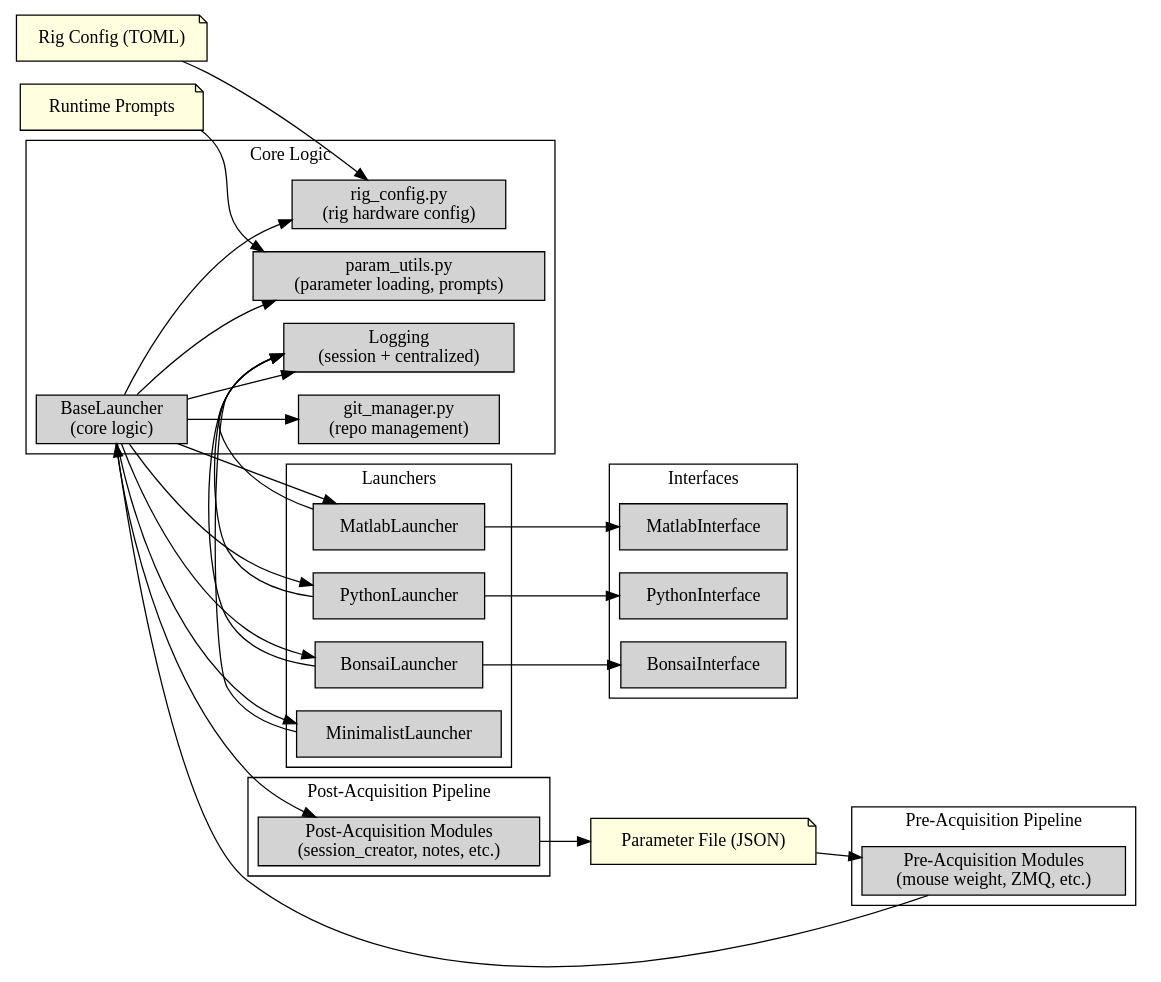
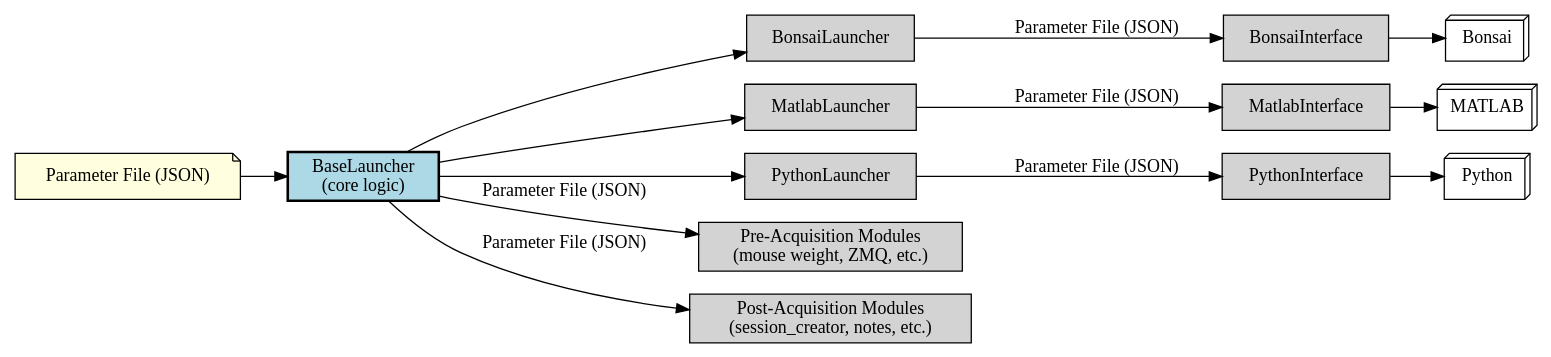
Before and after one commit to AllenNeuralDynamics/openscope-experimental-launcher: the second of 2 diagrams in docs/source/architecture.rst, drawn with Graphviz.

Commit message:
Update architecture diagram: clarify paramFile flow, remove minimalist launcher, add language boxes

```diff
--- a/docs/source/architecture.rst
+++ b/docs/source/architecture.rst
@@ -40,67 +40,41 @@
 .. graphviz::
 
    digraph launcher_architecture {
        rankdir=LR;
        node [shape=box, style=filled, fillcolor=lightgray];
 
-       subgraph cluster_core {
-           label="Core Logic";
-           BaseLauncher [label="BaseLauncher\n(core logic)"];
-           ParamUtils [label="param_utils.py\n(parameter loading, prompts)"];
-           RigConfig [label="rig_config.py\n(rig hardware config)"];
-           GitManager [label="git_manager.py\n(repo management)"];
-           Logging [label="Logging\n(session + centralized)"];
-       }
+       # Parameter flow
+       ParamFile [label="Parameter File (JSON)", shape=note, fillcolor=lightyellow];
+       BaseLauncher [label="BaseLauncher\n(core logic)", fillcolor=lightblue, style="filled,bold"];
+       BonsaiLauncher [label="BonsaiLauncher"];
+       MatlabLauncher [label="MatlabLauncher"];
+       PythonLauncher [label="PythonLauncher"];
+       PreModules [label="Pre-Acquisition Modules\n(mouse weight, ZMQ, etc.)"];
+       PostModules [label="Post-Acquisition Modules\n(session_creator, notes, etc.)"];
 
-       subgraph cluster_launchers {
-           label="Launchers";
-           BonsaiLauncher [label="BonsaiLauncher"];
-           MatlabLauncher [label="MatlabLauncher"];
-           PythonLauncher [label="PythonLauncher"];
-           MinimalistLauncher [label="MinimalistLauncher"];
-       }
+       # Interfaces and software
+       BonsaiInterface [label="BonsaiInterface"];
+       MatlabInterface [label="MatlabInterface"];
+       PythonInterface [label="PythonInterface"];
+       Bonsai [label="Bonsai", shape=box3d, fillcolor=white];
+       Matlab [label="MATLAB", shape=box3d, fillcolor=white];
+       Python [label="Python", shape=box3d, fillcolor=white];
 
-       subgraph cluster_pre {
-           label="Pre-Acquisition Pipeline";
-           PreModules [label="Pre-Acquisition Modules\n(mouse weight, ZMQ, etc.)"];
-       }
-
-       subgraph cluster_post {
-           label="Post-Acquisition Pipeline";
-           PostModules [label="Post-Acquisition Modules\n(session_creator, notes, etc.)"];
-       }
-
-       subgraph cluster_interfaces {
-           label="Interfaces";
-           InterfaceBonsai [label="BonsaiInterface"];
-           InterfaceMatlab [label="MatlabInterface"];
-           InterfacePython [label="PythonInterface"];
-       }
-
-       ParamFile [label="Parameter File (JSON)", shape=note, fillcolor=lightyellow];
-       RigConfigFile [label="Rig Config (TOML)", shape=note, fillcolor=lightyellow];
-       RuntimePrompt [label="Runtime Prompts", shape=note, fillcolor=lightyellow];
-
-       # Relationships
-       ParamFile -> PreModules;
-       PreModules -> BaseLauncher;
+       # Parameter flow
+       ParamFile -> BaseLauncher;
        BaseLauncher -> BonsaiLauncher;
        BaseLauncher -> MatlabLauncher;
        BaseLauncher -> PythonLauncher;
-       BaseLauncher -> MinimalistLauncher;
-       BonsaiLauncher -> InterfaceBonsai;
-       MatlabLauncher -> InterfaceMatlab;
-       PythonLauncher -> InterfacePython;
-       BaseLauncher -> ParamUtils;
-       BaseLauncher -> RigConfig;
-       BaseLauncher -> GitManager;
-       BaseLauncher -> Logging;
-       BonsaiLauncher -> Logging;
-       MatlabLauncher -> Logging;
-       PythonLauncher -> Logging;
-       MinimalistLauncher -> Logging;
-       BaseLauncher -> PostModules;
-       PostModules -> ParamFile;
-       RigConfigFile -> RigConfig;
-       RuntimePrompt -> ParamUtils;
+       BaseLauncher -> PreModules [label="Parameter File (JSON)"];
+       BaseLauncher -> PostModules [label="Parameter File (JSON)"];
+       BonsaiLauncher -> BonsaiInterface [label="Parameter File (JSON)"];
+       MatlabLauncher -> MatlabInterface [label="Parameter File (JSON)"];
+       PythonLauncher -> PythonInterface [label="Parameter File (JSON)"];
+       BonsaiInterface -> Bonsai;
+       MatlabInterface -> Matlab;
+       PythonInterface -> Python;
+
+       # Pre and post modules do not talk to each other
+       PreModules [group=pre];
+       PostModules [group=post];
    }
```
